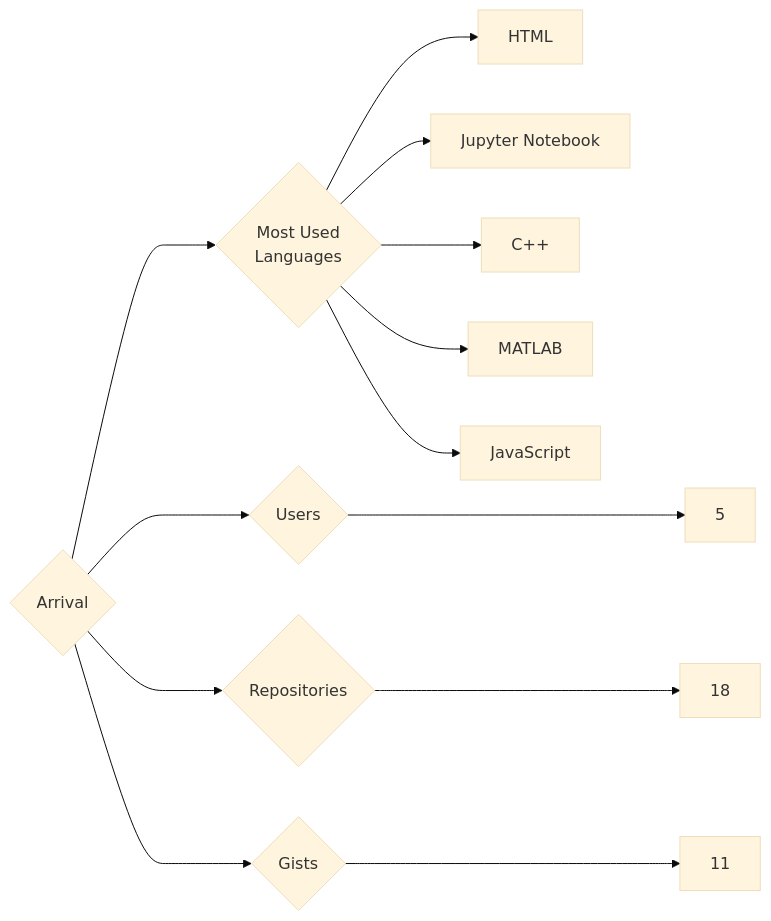
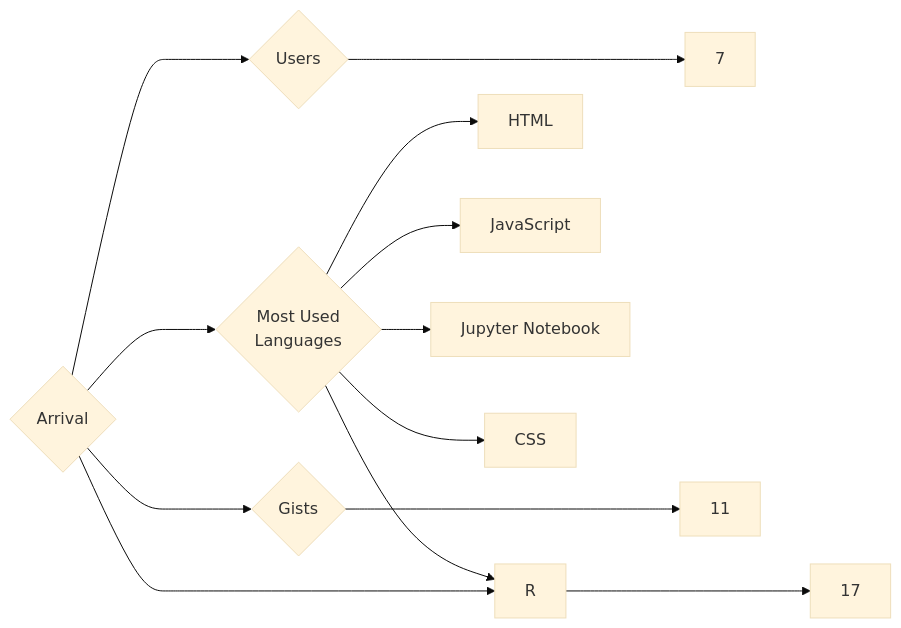
The diagram in targets/Arrival/README.md (trickest/insiders), drawn with Mermaid (base theme) before and after one commit. The commit also changed 611 other files, not shown here.

````diff
--- a/targets/Arrival/README.md
+++ b/targets/Arrival/README.md
@@ -3,13 +3,13 @@
 ```mermaid
 graph LR
 COMPANY_NAME{Arrival}
-COMPANY_NAME ---> U{Users} ---> UN[5]
-COMPANY_NAME ---> R{Repositories} ---> RN[18]
+COMPANY_NAME ---> U{Users} ---> UN[7]
+COMPANY_NAME ---> R{Repositories} ---> RN[17]
 COMPANY_NAME ---> G{Gists} ---> GN[11]
 COMPANY_NAME ---> ML{Most Used<br>Languages}
 ML --> HTML[HTML]
+ML --> JavaScript[JavaScript]
+ML --> R[R]
 ML --> Jupyter_Notebook[Jupyter Notebook]
-ML --> C++[C++]
-ML --> MATLAB[MATLAB]
-ML --> JavaScript[JavaScript]
+ML --> CSS[CSS]
 ```
````
